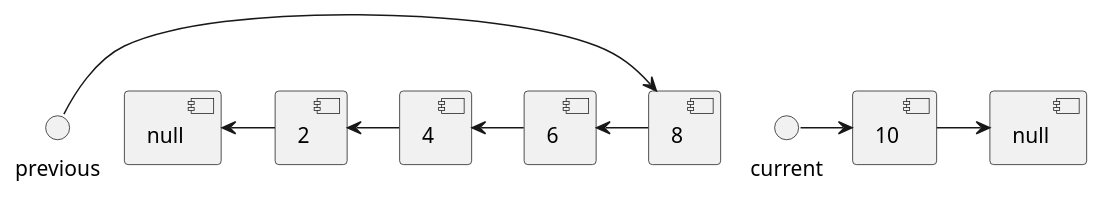
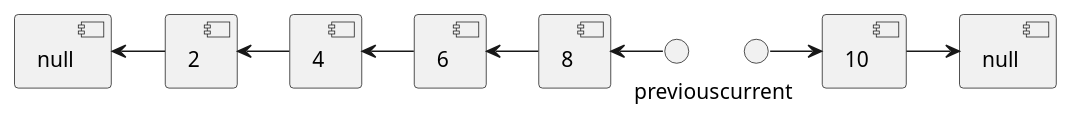
The fifth of 7 diagrams in src/EducativeIo/GrokkingTheCodingInterview/Ch07_InPlaceReversalOfALinkedList/P1_ReverseALinkedList/readme.md (computer-science-engineering/learning-computer-science), drawn with PlantUML before and after one commit. The commit also changed other lines of this file and 1 other file, not shown here.

````diff
--- a/src/EducativeIo/GrokkingTheCodingInterview/Ch07_InPlaceReversalOfALinkedList/P1_ReverseALinkedList/readme.md
+++ b/src/EducativeIo/GrokkingTheCodingInterview/Ch07_InPlaceReversalOfALinkedList/P1_ReverseALinkedList/readme.md
@@ -83,17 +83,17 @@
 ```plantuml
 @startuml
 component null1 [
     null
     ]
 component null2 [
     null
     ]
-previous -> [8]
 [null1] <- [2]
 [2] <- [4]
 [4] <- [6]
 [6] <- [8]
+[8] <- previous
 current -> [10]
 [10] -> [null2]
 @enduml
 ```
````
